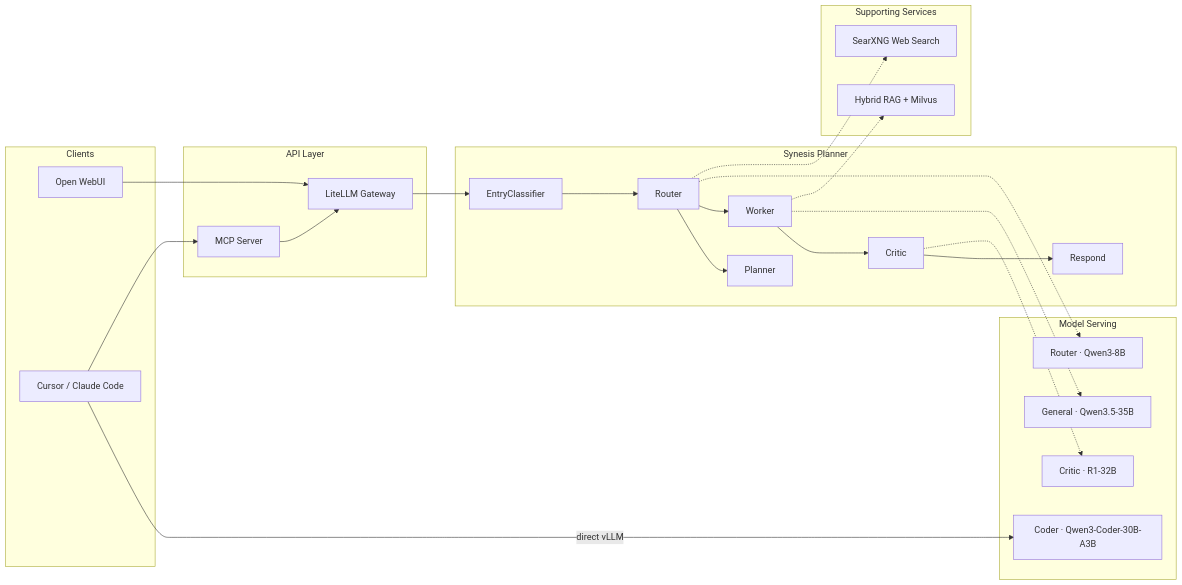
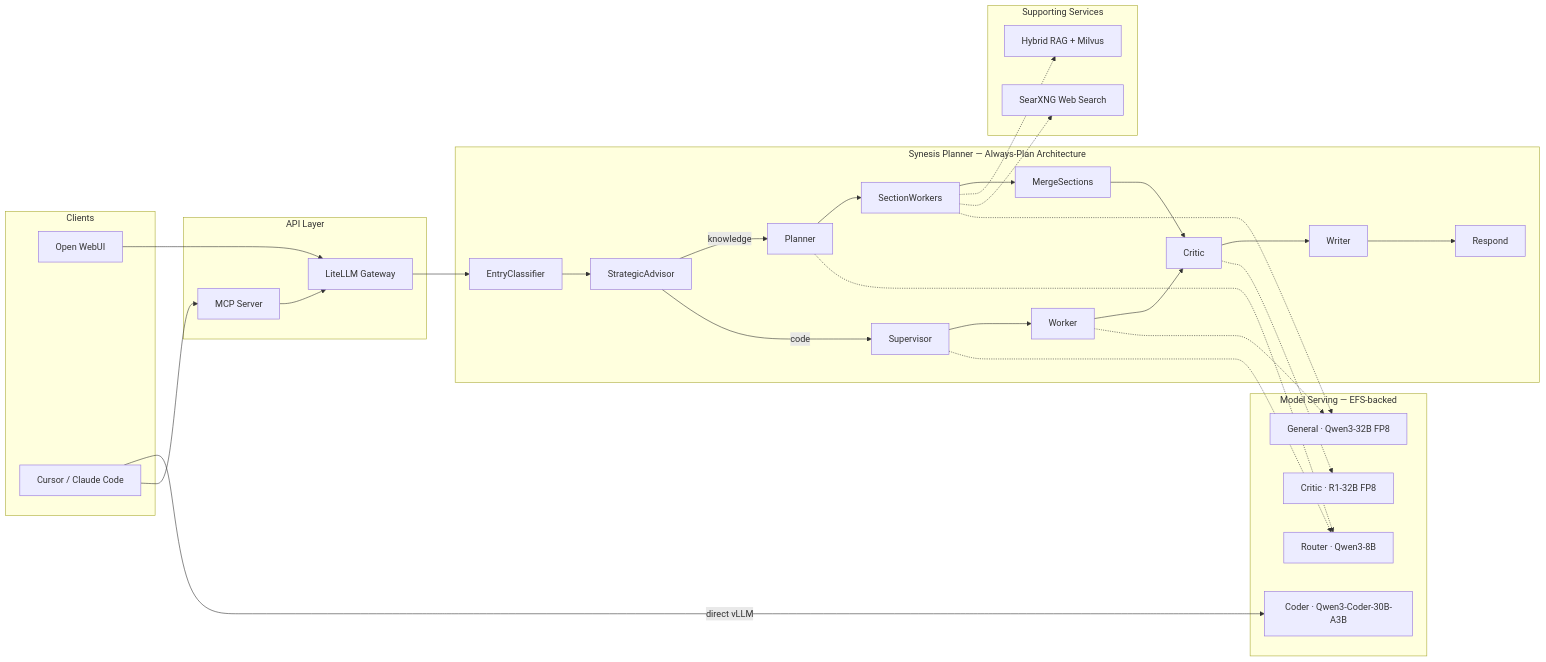
Before and after one commit to supernovae/synesis: the diagram in README.md, drawn with Mermaid. The commit also changed other lines of this file and 13 other files, not shown here.

First line of the commit message:
Toulmin argumentation rubric + update all READMEs to current architecture

````diff
--- a/README.md
+++ b/README.md
@@ -29,49 +29,60 @@
 ```mermaid
 flowchart LR
     subgraph clients [Clients]
         WebUI[Open WebUI]
         IDE[Cursor / Claude Code]
     end
 
     subgraph gateway [API Layer]
         LiteLLM[LiteLLM Gateway]
         MCPSrv[MCP Server]
     end
 
-    subgraph planner [Synesis Planner]
+    subgraph pipeline [Synesis Planner — Always-Plan Architecture]
         Entry[EntryClassifier]
-        RouterNode[Router]
+        Advisor[StrategicAdvisor]
         PlannerNode[Planner]
-        WorkerNode[Worker]
+        SectionWorkers[SectionWorkers]
+        Merge[MergeSections]
         CriticNode[Critic]
+        Writer[Writer]
         RespondNode[Respond]
+        Supervisor[Supervisor]
+        Worker[Worker]
     end
 
-    subgraph models [Model Serving]
+    subgraph models [Model Serving — EFS-backed]
         RouterLLM["Router · Qwen3-8B"]
-        GeneralLLM["General · Qwen3.5-35B"]
+        GeneralLLM["General · Qwen3-32B FP8"]
         CoderLLM["Coder · Qwen3-Coder-30B-A3B"]
-        CriticLLM["Critic · R1-32B"]
+        CriticLLM["Critic · R1-32B FP8"]
     end
 
     subgraph support [Supporting Services]
         RAGSvc[Hybrid RAG + Milvus]
         SearchSvc[SearXNG Web Search]
     end
 
     WebUI --> LiteLLM
     IDE -->|direct vLLM| CoderLLM
     IDE --> MCPSrv
     MCPSrv --> LiteLLM
     LiteLLM --> Entry
-    Entry --> RouterNode
-    RouterNode --> PlannerNode
-    RouterNode --> WorkerNode
-    WorkerNode --> CriticNode
-    CriticNode --> RespondNode
-    RouterNode -.-> RouterLLM
-    WorkerNode -.-> GeneralLLM
+    Entry --> Advisor
+    Advisor -->|knowledge| PlannerNode
+    Advisor -->|code| Supervisor
+    PlannerNode --> SectionWorkers
+    SectionWorkers --> Merge
+    Merge --> CriticNode
+    CriticNode --> Writer
+    Writer --> RespondNode
+    Supervisor --> Worker
+    Worker --> CriticNode
+    SectionWorkers -.-> RAGSvc
+    SectionWorkers -.-> SearchSvc
+    PlannerNode -.-> RouterLLM
+    Supervisor -.-> RouterLLM
+    SectionWorkers -.-> GeneralLLM
+    Worker -.-> GeneralLLM
     CriticNode -.-> CriticLLM
-    WorkerNode -.-> RAGSvc
-    RouterNode -.-> SearchSvc
 ```
````
